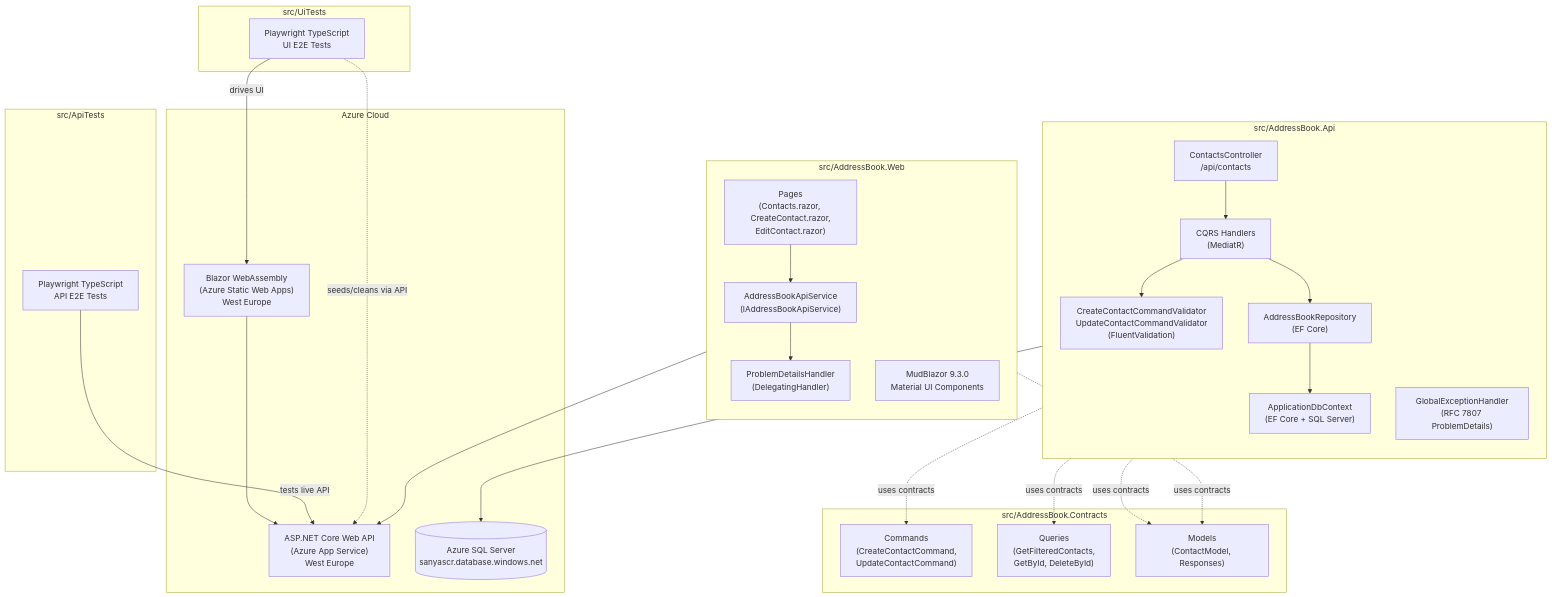
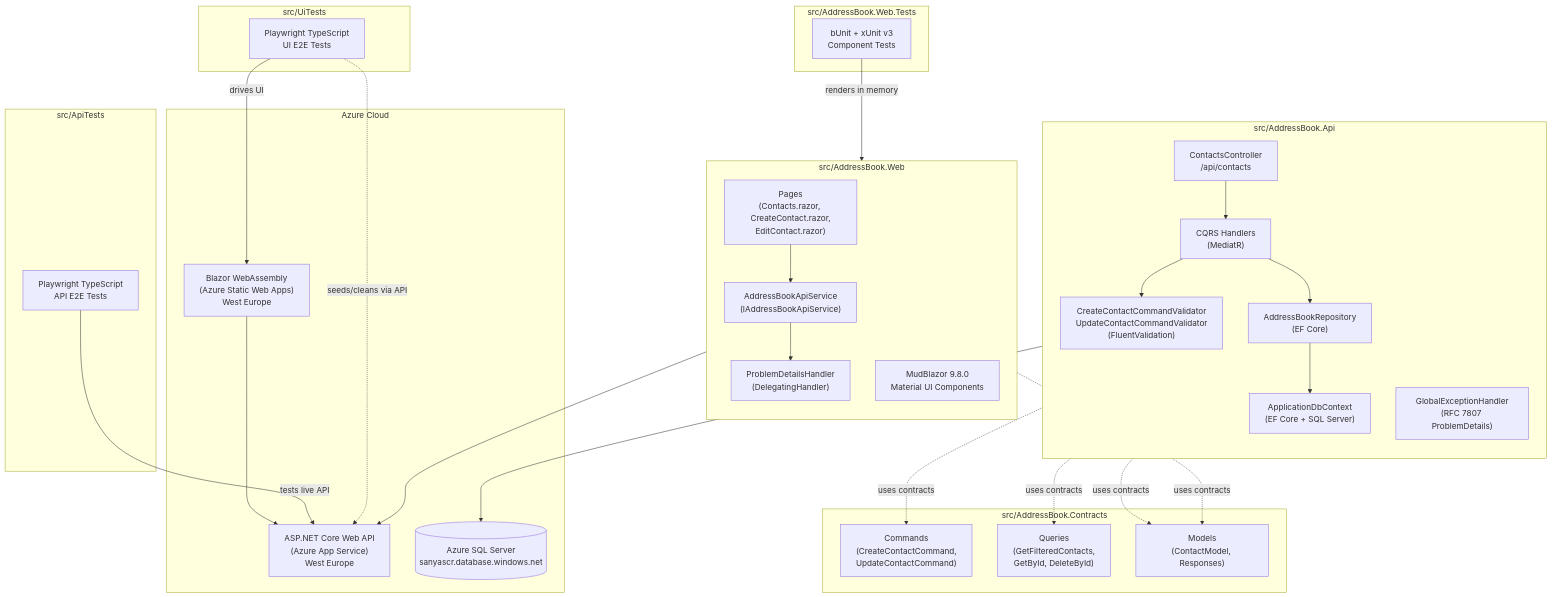
One commit to askrinnik/AddressBook2025 changed the first of 3 diagrams in docs/specs/Architecture.md. Above: the diagram before and after it, drawn with Mermaid. The commit also changed other lines of this file and 17 other files, not shown here.

First line of the commit message:
#163 Blazor Tests B19: Инструкция bunit-conventions + обновление доков

````diff
--- a/docs/specs/Architecture.md
+++ b/docs/specs/Architecture.md
@@ -73,57 +73,62 @@
 ```mermaid
 graph TB
     subgraph "Azure Cloud"
         UI["Blazor WebAssembly\n(Azure Static Web Apps)\nWest Europe"]
         API["ASP.NET Core Web API\n(Azure App Service)\nWest Europe"]
         DB[("Azure SQL Server\nsanyascr.database.windows.net")]
     end
 
     subgraph "src/AddressBook.Web"
         direction TB
         Pages["Pages\n(Contacts.razor, CreateContact.razor,\nEditContact.razor)"]
         ApiSvc["AddressBookApiService\n(IAddressBookApiService)"]
         ErrHandling["ProblemDetailsHandler\n(DelegatingHandler)"]
-        MudBlazor["MudBlazor 9.3.0\nMaterial UI Components"]
+        MudBlazor["MudBlazor 9.8.0\nMaterial UI Components"]
     end
 
     subgraph "src/AddressBook.Api"
         direction TB
         Controller["ContactsController\n/api/contacts"]
         Handlers["CQRS Handlers\n(MediatR)"]
         Validator["CreateContactCommandValidator\nUpdateContactCommandValidator\n(FluentValidation)"]
         Repository["AddressBookRepository\n(EF Core)"]
         DbCtx["ApplicationDbContext\n(EF Core + SQL Server)"]
         GlobalEx["GlobalExceptionHandler\n(RFC 7807 ProblemDetails)"]
     end
 
     subgraph "src/AddressBook.Contracts"
         Commands["Commands\n(CreateContactCommand,\nUpdateContactCommand)"]
         Queries["Queries\n(GetFilteredContacts,\nGetById, DeleteById)"]
         Models["Models\n(ContactModel, Responses)"]
+    end
+
+    subgraph "src/AddressBook.Web.Tests"
+        WebTests["bUnit + xUnit v3\nComponent Tests"]
     end
 
     subgraph "src/ApiTests"
         ApiE2E["Playwright TypeScript\nAPI E2E Tests"]
     end
 
     subgraph "src/UiTests"
         UiE2E["Playwright TypeScript\nUI E2E Tests"]
     end
 
     UI --> API
     Pages --> ApiSvc
     ApiSvc --> ErrHandling
     ErrHandling --> API
     Controller --> Handlers
     Handlers --> Validator
     Handlers --> Repository
     Repository --> DbCtx
     DbCtx --> DB
     Controller -.->|"uses contracts"| Commands
     Controller -.->|"uses contracts"| Queries
     Handlers -.->|"uses contracts"| Models
     ApiSvc -.->|"uses contracts"| Models
+    WebTests -->|"renders in memory"| Pages
     ApiE2E -->|"tests live API"| API
     UiE2E -->|"drives UI"| UI
     UiE2E -.->|"seeds/cleans via API"| API
 ```
````
